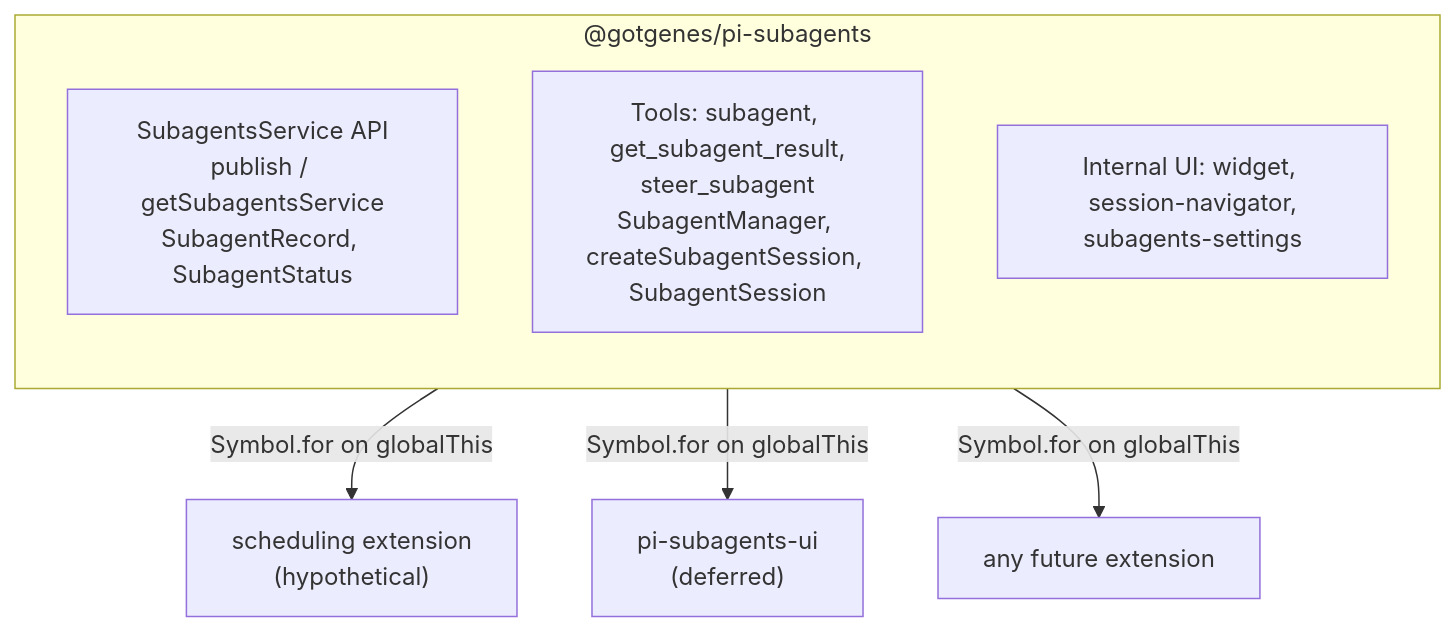
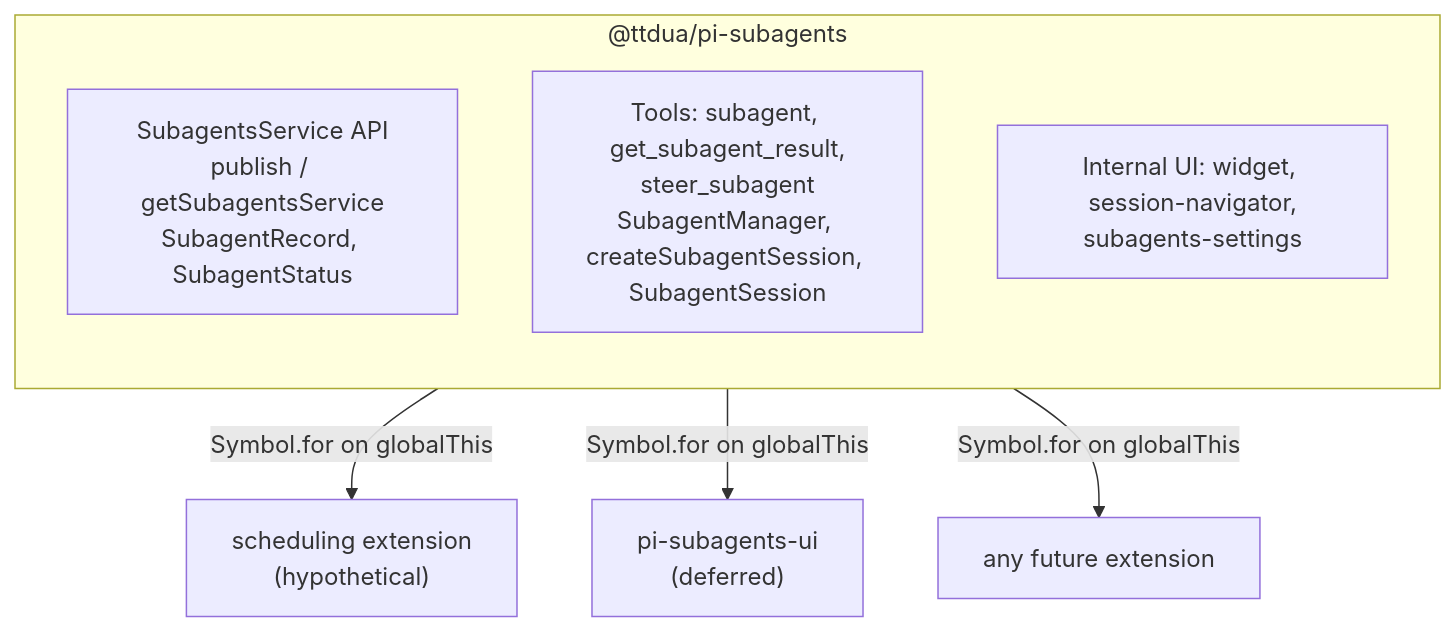
Before and after one commit to ttdua/pi-subagents: the fifth of 6 diagrams in docs/architecture/architecture.md, drawn with Mermaid. The commit also changed other lines of this file and 10 other files, not shown here.

First line of the commit message:
Rename remaining @gotgenes/pi-subagents references to @ttdua/pi-subagents (#9)

````diff
--- a/docs/architecture/architecture.md
+++ b/docs/architecture/architecture.md
@@ -471,13 +472,13 @@
 ```mermaid
 flowchart TD
-    subgraph core["@gotgenes/pi-subagents"]
+    subgraph core["@ttdua/pi-subagents"]
         direction TB
         exports["SubagentsService API<br/>publish / getSubagentsService<br/>SubagentRecord, SubagentStatus"]
         engine["Tools: subagent, get_subagent_result,<br/>steer_subagent<br/>SubagentManager, createSubagentSession, SubagentSession"]
         ui_int["Internal UI: widget, session-navigator,<br/>subagents-settings"]
     end
 
     core -- "Symbol.for on globalThis" --> sched["scheduling extension<br/>(hypothetical)"]
     core -- "Symbol.for on globalThis" --> subui["pi-subagents-ui<br/>(deferred)"]
     core -- "Symbol.for on globalThis" --> future["any future extension"]
 ```
````
